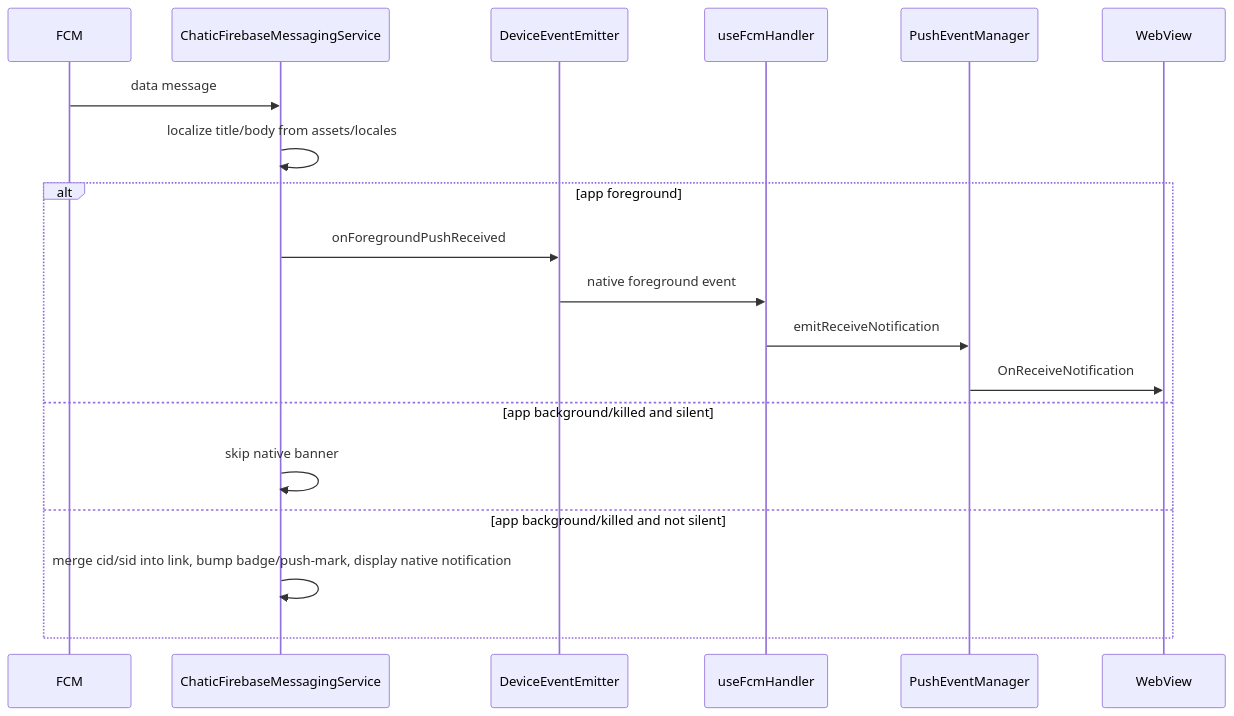
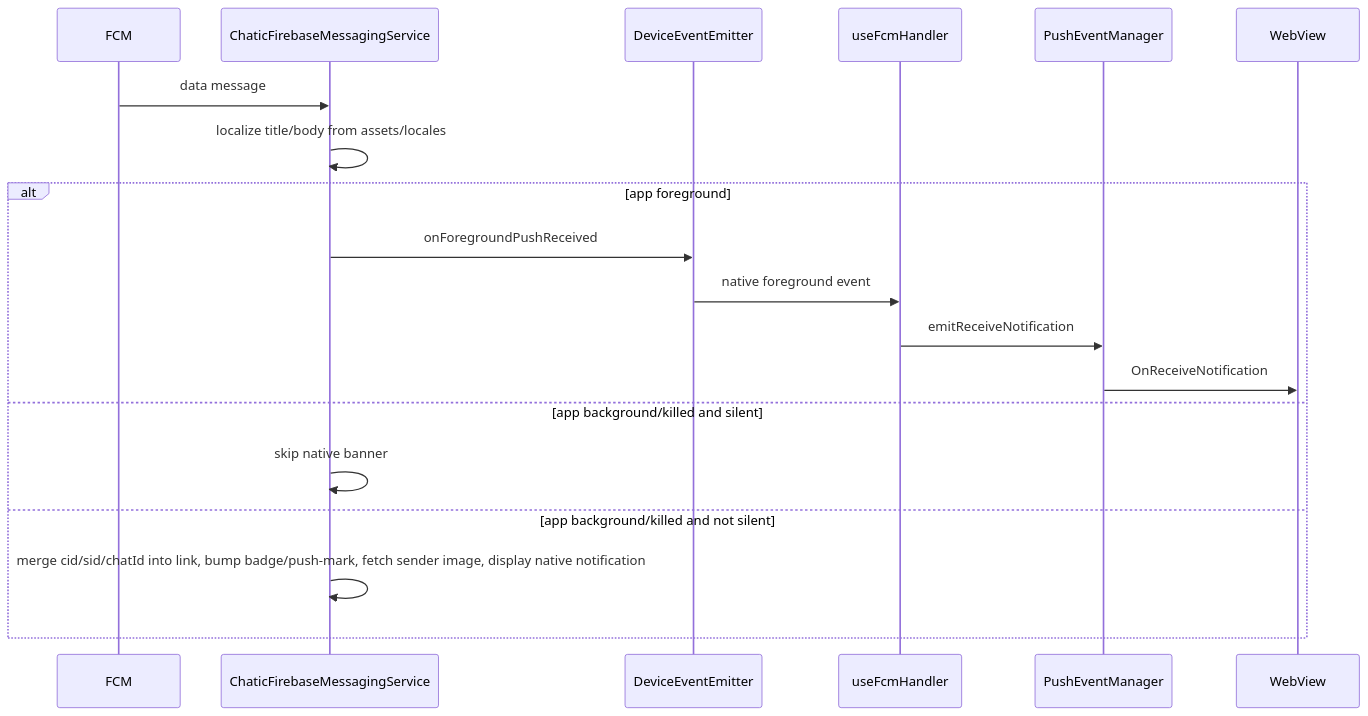
One commit to lemoncloud-io/dou-app changed the second of 4 diagrams in apps/mobile/docs/push/README.md. Above: the diagram before and after it, drawn with Mermaid. The commit also changed other lines of this file and 21 other files, not shown here.

First line of the commit message:
feat(mobile,web): mark a chat push by room shape and show the sender's face (ADR-0217)

````diff
--- a/apps/mobile/docs/push/README.md
+++ b/apps/mobile/docs/push/README.md
@@ -86,22 +86,22 @@
 ```mermaid
 sequenceDiagram
     participant FCM as FCM
     participant Native as ChaticFirebaseMessagingService
     participant JS as DeviceEventEmitter
     participant Handler as useFcmHandler
     participant Broker as PushEventManager
     participant Web as WebView
 
     FCM->>Native: data message
     Native->>Native: localize title/body from assets/locales
     alt app foreground
         Native->>JS: onForegroundPushReceived
         JS->>Handler: native foreground event
         Handler->>Broker: emitReceiveNotification
         Broker->>Web: OnReceiveNotification
     else app background/killed and silent
         Native->>Native: skip native banner
     else app background/killed and not silent
-        Native->>Native: merge cid/sid into link, bump badge/push-mark, display native notification
+        Native->>Native: merge cid/sid/chatId into link, bump badge/push-mark, fetch sender image, display native notification
     end
 ```
````
